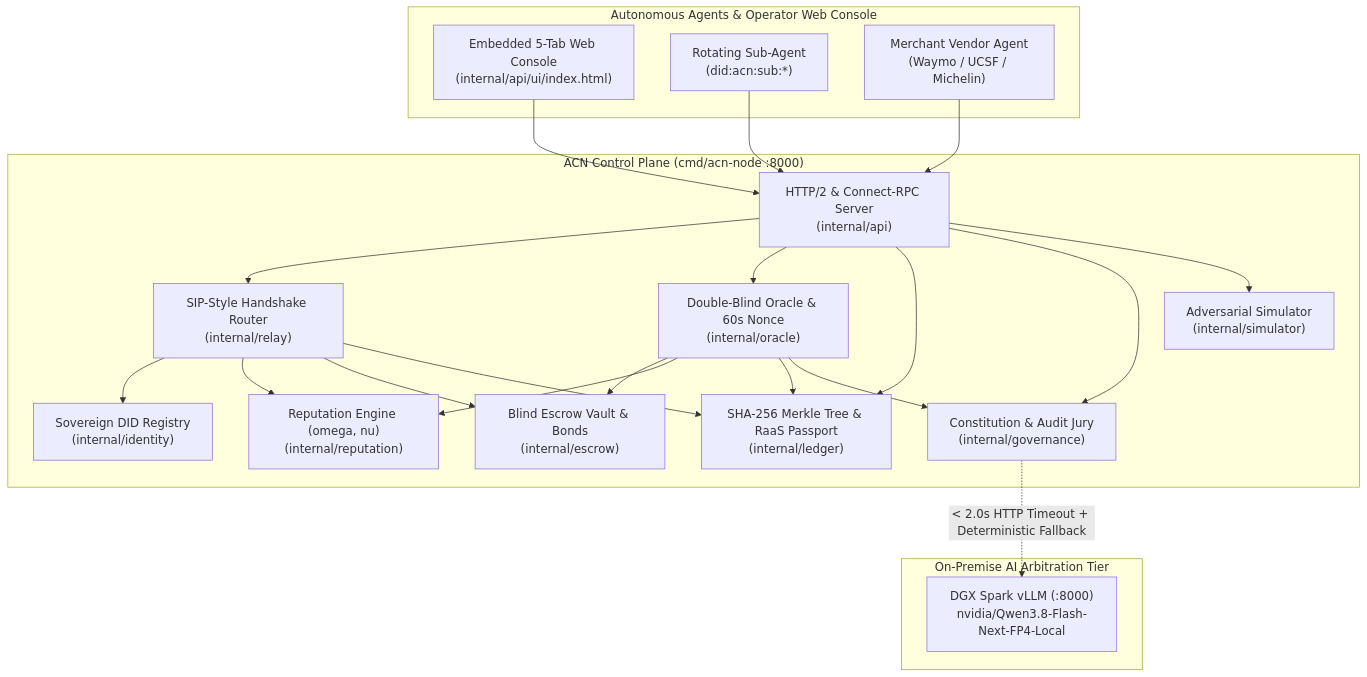
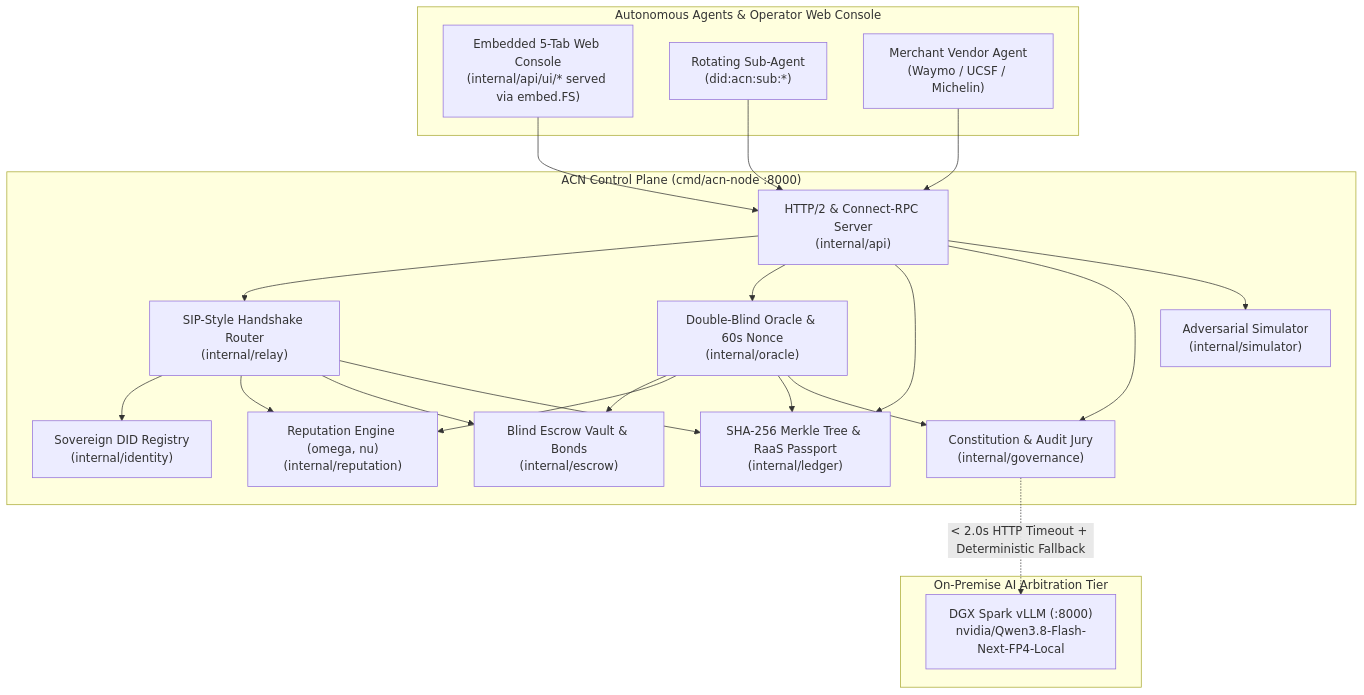
One commit to paulojauregui/acn-protocol changed the diagram in README.md. Above: the diagram before and after it, drawn with Mermaid. The commit also changed other lines of this file and 2 other files, not shown here.

Commit message:
docs(m18): document v2-ux modular console, roadmap, and verification gates

````diff
--- a/README.md
+++ b/README.md
@@ -36,42 +36,42 @@
 ```mermaid
 flowchart TD
     subgraph ClientTier["Autonomous Agents & Operator Web Console"]
-        UI["Embedded 5-Tab Web Console<br/>(internal/api/ui/index.html)"]
+        UI["Embedded 5-Tab Web Console<br/>(internal/api/ui/* served via embed.FS)"]
         Sub["Rotating Sub-Agent<br/>(did:acn:sub:*)"]
         Vendor["Merchant Vendor Agent<br/>(Waymo / UCSF / Michelin)"]
     end
 
     subgraph ControlPlane["ACN Control Plane (cmd/acn-node :8000)"]
         API["HTTP/2 & Connect-RPC Server<br/>(internal/api)"]
         Relay["SIP-Style Handshake Router<br/>(internal/relay)"]
         ID["Sovereign DID Registry<br/>(internal/identity)"]
         Rep["Reputation Engine (omega, nu)<br/>(internal/reputation)"]
         Escrow["Blind Escrow Vault & Bonds<br/>(internal/escrow)"]
         Oracle["Double-Blind Oracle & 60s Nonce<br/>(internal/oracle)"]
         Ledger["SHA-256 Merkle Tree & RaaS Passport<br/>(internal/ledger)"]
         Gov["Constitution & Audit Jury<br/>(internal/governance)"]
         Sim["Adversarial Simulator<br/>(internal/simulator)"]
     end
 
     subgraph Hardware["On-Premise AI Arbitration Tier"]
         Spark["DGX Spark vLLM (:8000)<br/>nvidia/Qwen3.8-Flash-Next-FP4-Local"]
     end
 
     UI --> API
     Sub --> API
     Vendor --> API
     API --> Relay
     API --> Oracle
     API --> Ledger
     API --> Gov
     API --> Sim
     Relay --> ID
     Relay --> Rep
     Relay --> Escrow
     Relay --> Ledger
     Oracle --> Escrow
     Oracle --> Rep
     Oracle --> Ledger
     Oracle --> Gov
     Gov -.->|"< 2.0s HTTP Timeout + Deterministic Fallback"| Spark
 ```
````
